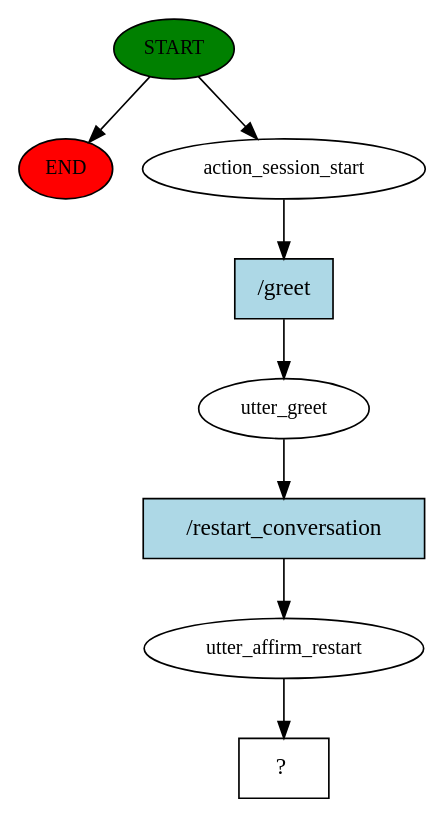
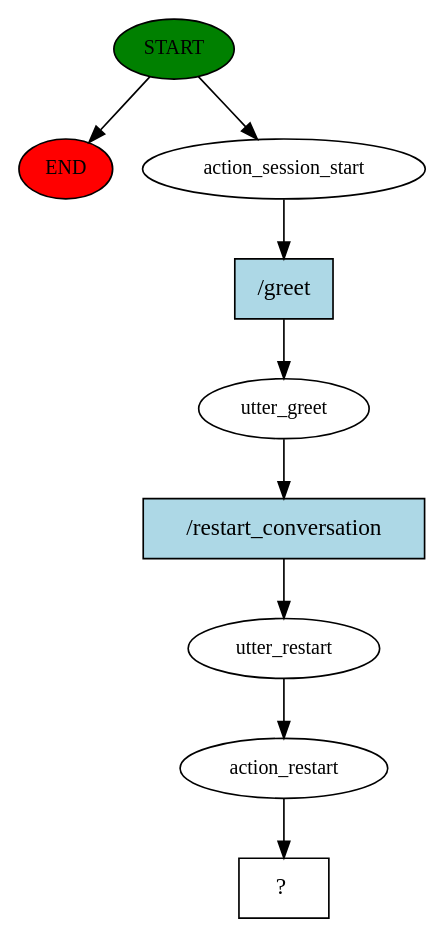
Before and after one commit to hkl19/Rasa-Surveybot1: the diagram in FYP/story_graph.dot, drawn with Graphviz. The commit also changed 113 other files, not shown here.

```diff
--- a/FYP/story_graph.dot
+++ b/FYP/story_graph.dot
@@ -1,17 +1,19 @@
 digraph  {
 0 [class="start active", fillcolor=green, fontsize=12, label=START, style=filled];
 "-1" [class=end, fillcolor=red, fontsize=12, label=END, style=filled];
 1 [class=active, fontsize=12, label=action_session_start];
 2 [class=active, fontsize=12, label=utter_greet];
-3 [class=active, fontsize=12, label=utter_affirm_restart];
-4 [class="intent dashed active", label="  ?  ", shape=rect];
-5 [class="intent active", fillcolor=lightblue, label="/greet", shape=rect, style=filled];
-6 [class="intent active", fillcolor=lightblue, label="/restart_conversation", shape=rect, style=filled];
+3 [class=active, fontsize=12, label=utter_restart];
+4 [class=active, fontsize=12, label=action_restart];
+5 [class="intent dashed active", label="  ?  ", shape=rect];
+6 [class="intent active", fillcolor=lightblue, label="/greet", shape=rect, style=filled];
+7 [class="intent active", fillcolor=lightblue, label="/restart_conversation", shape=rect, style=filled];
 0 -> "-1"  [class="", key=NONE, label=""];
 0 -> 1  [class=active, key=NONE, label=""];
-1 -> 5  [class=active, key=0];
-2 -> 6  [class=active, key=0];
+1 -> 6  [class=active, key=0];
+2 -> 7  [class=active, key=0];
 3 -> 4  [class=active, key=NONE, label=""];
-5 -> 2  [class=active, key=0];
-6 -> 3  [class=active, key=0];
+4 -> 5  [class=active, key=NONE, label=""];
+6 -> 2  [class=active, key=0];
+7 -> 3  [class=active, key=0];
 }
```
